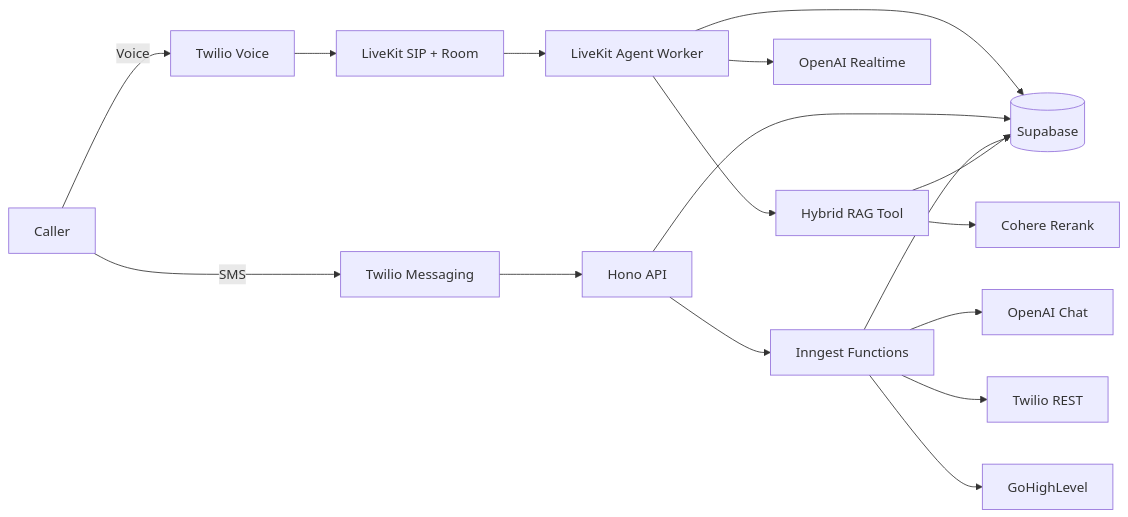
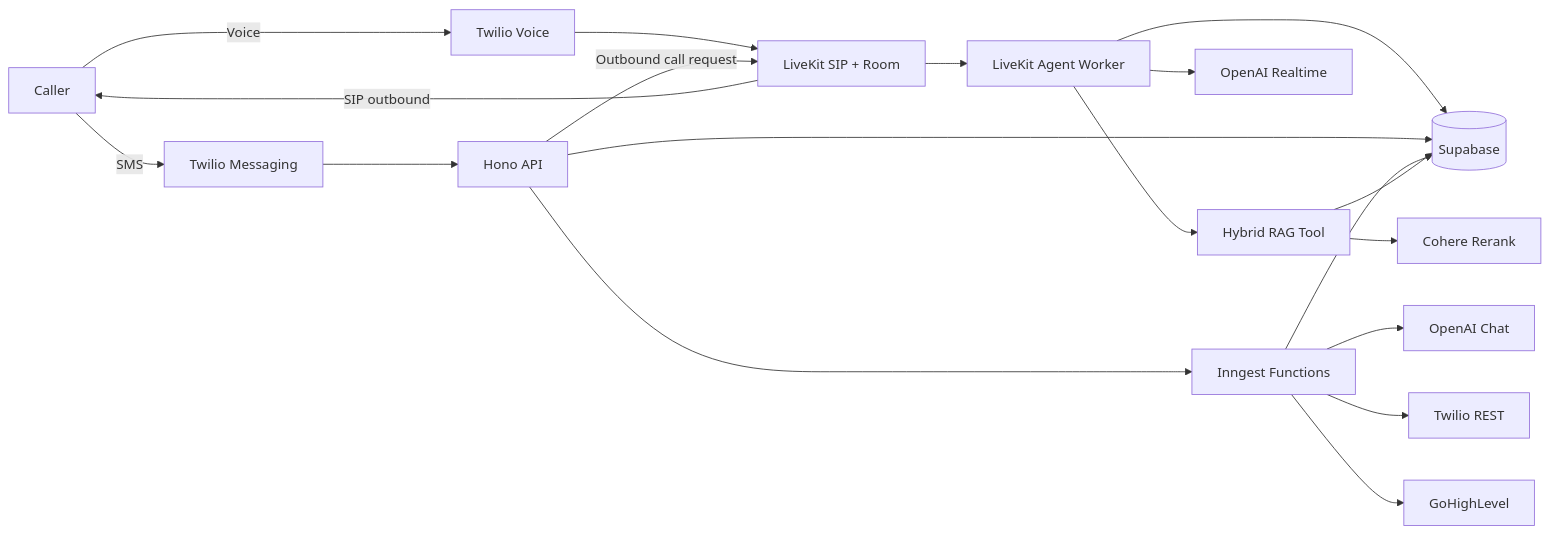
Before and after one commit to NeelM0906/voiceAgents: the diagram in README.md, drawn with Mermaid. The commit also changed other lines of this file and 8 other files, not shown here.

Commit message:
Add outbound voice call initiation

````diff
--- a/README.md
+++ b/README.md
@@ -7,19 +7,21 @@
 ```mermaid
 flowchart LR
   Caller[Caller] -->|Voice| TwilioVoice[Twilio Voice]
   TwilioVoice --> LiveKit[LiveKit SIP + Room]
   LiveKit --> Worker[LiveKit Agent Worker]
+  Api -->|Outbound call request| LiveKit
+  LiveKit -->|SIP outbound| Caller
   Caller -->|SMS| TwilioSms[Twilio Messaging]
   TwilioSms --> Api[Hono API]
   Api --> Inngest[Inngest Functions]
   Worker --> Supabase[(Supabase)]
   Api --> Supabase
   Inngest --> Supabase
   Worker --> OpenAIRealtime[OpenAI Realtime]
   Inngest --> OpenAIChat[OpenAI Chat]
   Worker --> Rag[Hybrid RAG Tool]
   Inngest --> TwilioRest[Twilio REST]
   Inngest --> GHL[GoHighLevel]
   Rag --> Supabase
   Rag --> Cohere[Cohere Rerank]
 ```
````
